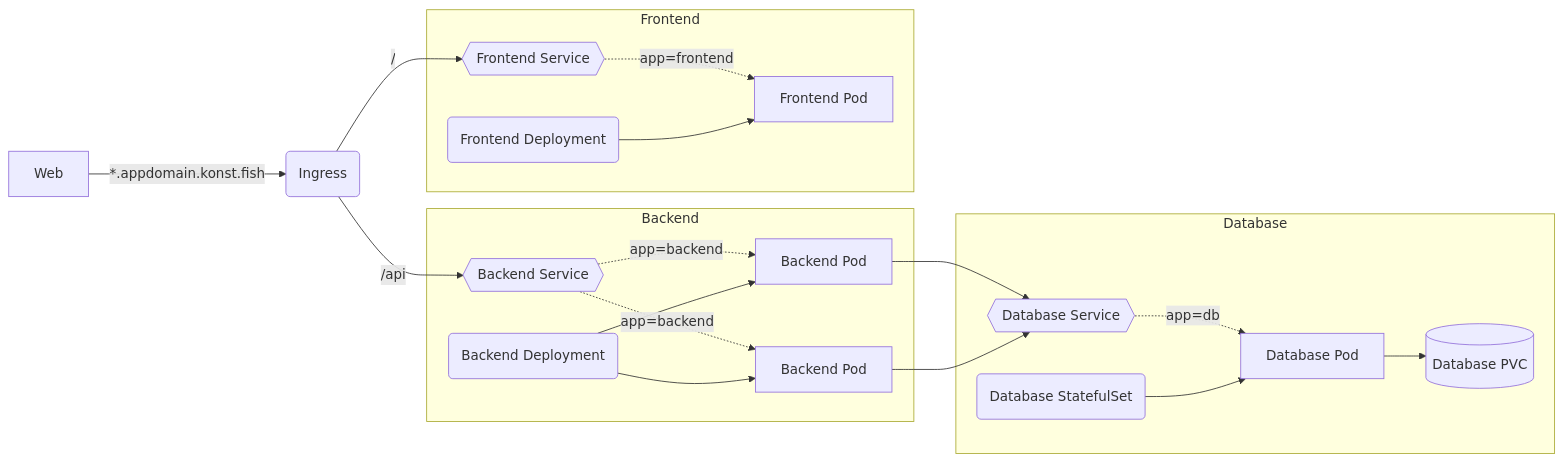
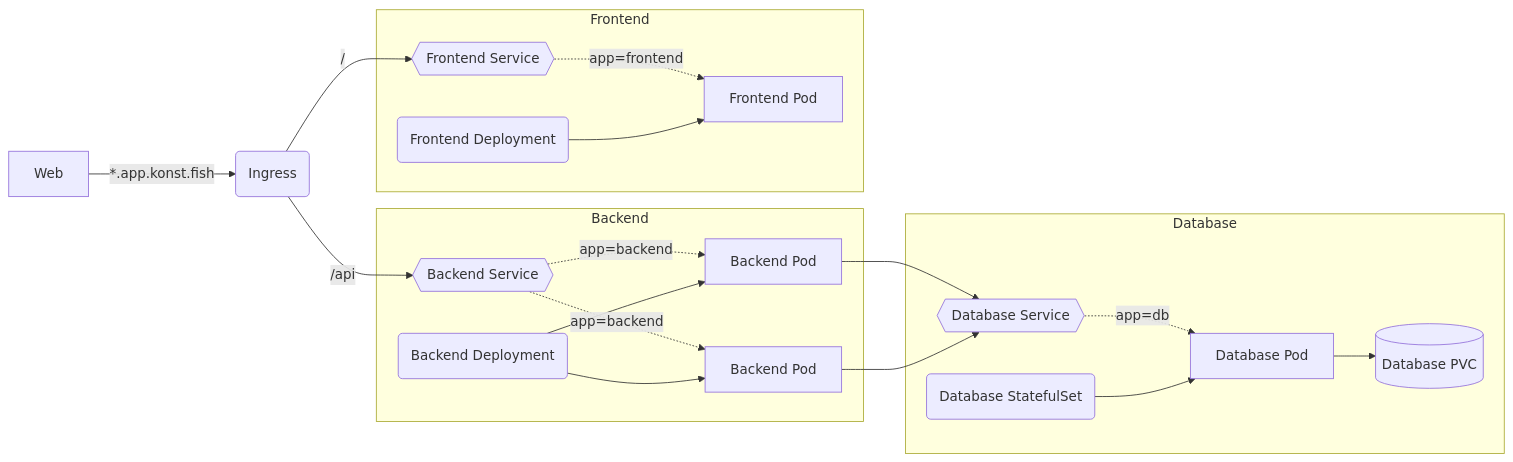
One commit to konstfish/shoal changed the diagram in docs/usage/Usage.md. Above: the diagram before and after it, drawn with Mermaid. The commit also changed other lines of this file and 12 other files, not shown here.

Commit message:
feat(shoal/appdomain): rename to app.konst.fish

````diff
--- a/docs/usage/Usage.md
+++ b/docs/usage/Usage.md
@@ -14,25 +14,25 @@
 ```mermaid
 flowchart LR
-    A[Web] -->|*.appdomain.konst.fish| B(Ingress)
+    A[Web] -->|*.app.konst.fish| B(Ingress)
     B -->|/api| C{{Backend Service}}
     subgraph Backend
     C-. app=backend .-> D[Backend Pod]
     C-. app=backend .-> E[Backend Pod]
     H(Backend Deployment) --> D
     H --> E
     end
 
     B -->|/| F{{Frontend Service}}
     subgraph Frontend
     F-. app=frontend .-> G[Frontend Pod]
     I(Frontend Deployment) --> G
     end
 
     subgraph Database
     D --> J{{Database Service}}
     E --> J
     J -. app=db .-> K[Database Pod]
     L(Database StatefulSet) --> K
     K --> M[(Database PVC)]
     end
 ```
````
